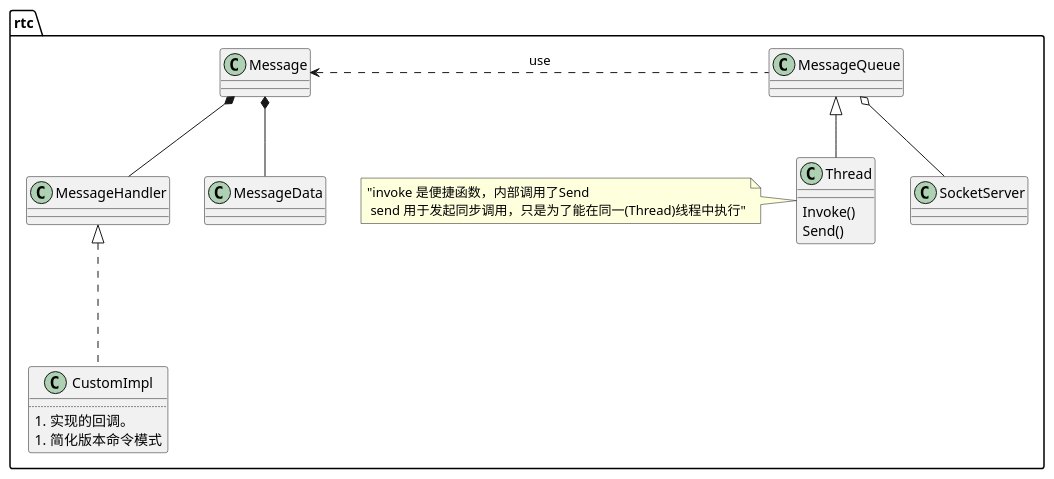
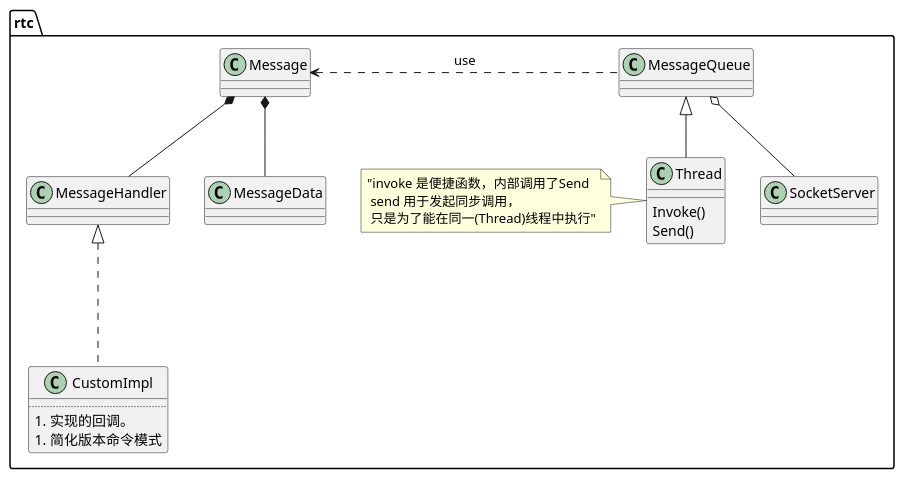
One commit to mingxin505/webrtcNote changed the first of 5 diagrams in webrtc_chrome/Thread.md. Above: the diagram before and after it, drawn with PlantUML. The commit also changed other lines of this file, not shown here.

````diff
--- a/webrtc_chrome/Thread.md
+++ b/webrtc_chrome/Thread.md
@@ -4,23 +4,23 @@
 ```plantuml
 @startuml
 package rtc { 
     class Thread {
         Invoke() 
         Send() 
     }
-    note left: "invoke 是便捷函数，内部调用了Send \n send 用于发起同步调用，只是为了能在同一(Thread)线程中执行"
+    note left: "invoke 是便捷函数，内部调用了Send \n send 用于发起同步调用，\n 只是为了能在同一(Thread)线程中执行"
     Thread -up-|> MessageQueue
     MessageQueue ..left.> Message : use
     MessageQueue o-- SocketServer
     Message *-- MessageHandler
     Message *-- MessageData
 
     MessageHandler <|... CustomImpl
     class CustomImpl {
         ....
         1. 实现的回调。
         1. 简化版本命令模式
     }
 }
 @enduml
 ```
````
